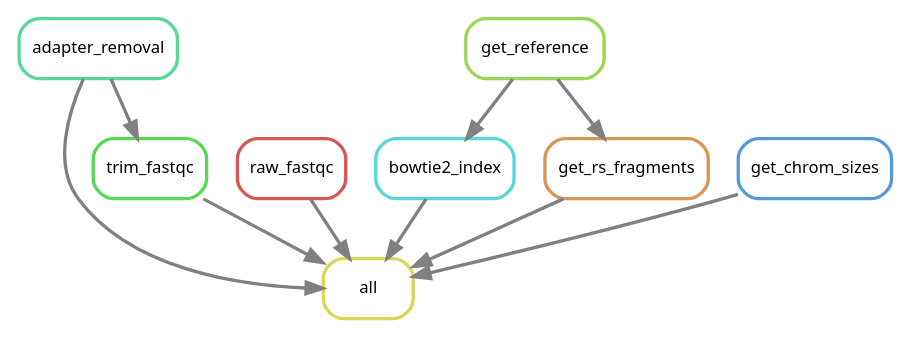
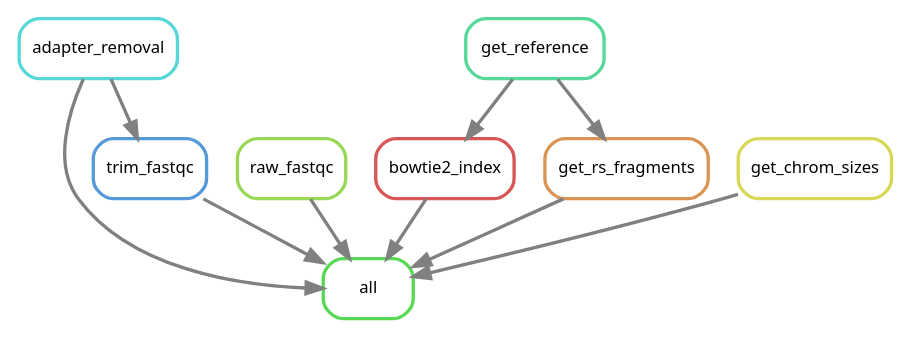
The diagram in output/rulegraph.dot (DRMCRL/ENCODE_T47D_HiC_ENCSR549MGQ), drawn with Graphviz before and after one commit. The commit also changed 6 other files, not shown here.

```diff
--- a/output/rulegraph.dot
+++ b/output/rulegraph.dot
@@ -1,22 +1,22 @@
 digraph snakemake_dag {
     graph[bgcolor=white, margin=0];
     node[shape=box, style=rounded, fontname=sans,                 fontsize=10, penwidth=2];
     edge[penwidth=2, color=grey];
-	0[label = "all", color = "0.17 0.6 0.85", style="rounded"];
-	1[label = "trim_fastqc", color = "0.33 0.6 0.85", style="rounded"];
-	2[label = "raw_fastqc", color = "0.00 0.6 0.85", style="rounded"];
-	3[label = "bowtie2_index", color = "0.50 0.6 0.85", style="rounded"];
-	4[label = "get_rs_fragments", color = "0.08 0.6 0.85", style="rounded"];
-	5[label = "adapter_removal", color = "0.42 0.6 0.85", style="rounded"];
-	6[label = "get_chrom_sizes", color = "0.58 0.6 0.85", style="rounded"];
-	7[label = "get_reference", color = "0.25 0.6 0.85", style="rounded"];
+	0[label = "all", color = "0.33 0.6 0.85", style="rounded"];
+	1[label = "trim_fastqc", color = "0.58 0.6 0.85", style="rounded"];
+	2[label = "raw_fastqc", color = "0.25 0.6 0.85", style="rounded"];
+	3[label = "bowtie2_index", color = "0.00 0.6 0.85", style="rounded"];
+	4[label = "get_chrom_sizes", color = "0.17 0.6 0.85", style="rounded"];
+	5[label = "get_rs_fragments", color = "0.08 0.6 0.85", style="rounded"];
+	6[label = "adapter_removal", color = "0.50 0.6 0.85", style="rounded"];
+	7[label = "get_reference", color = "0.42 0.6 0.85", style="rounded"];
+	3 -> 0
+	5 -> 0
+	4 -> 0
 	2 -> 0
-	4 -> 0
+	6 -> 0
 	1 -> 0
-	5 -> 0
-	3 -> 0
-	6 -> 0
-	5 -> 1
+	6 -> 1
 	7 -> 3
-	7 -> 4
+	7 -> 5
 }            
```
